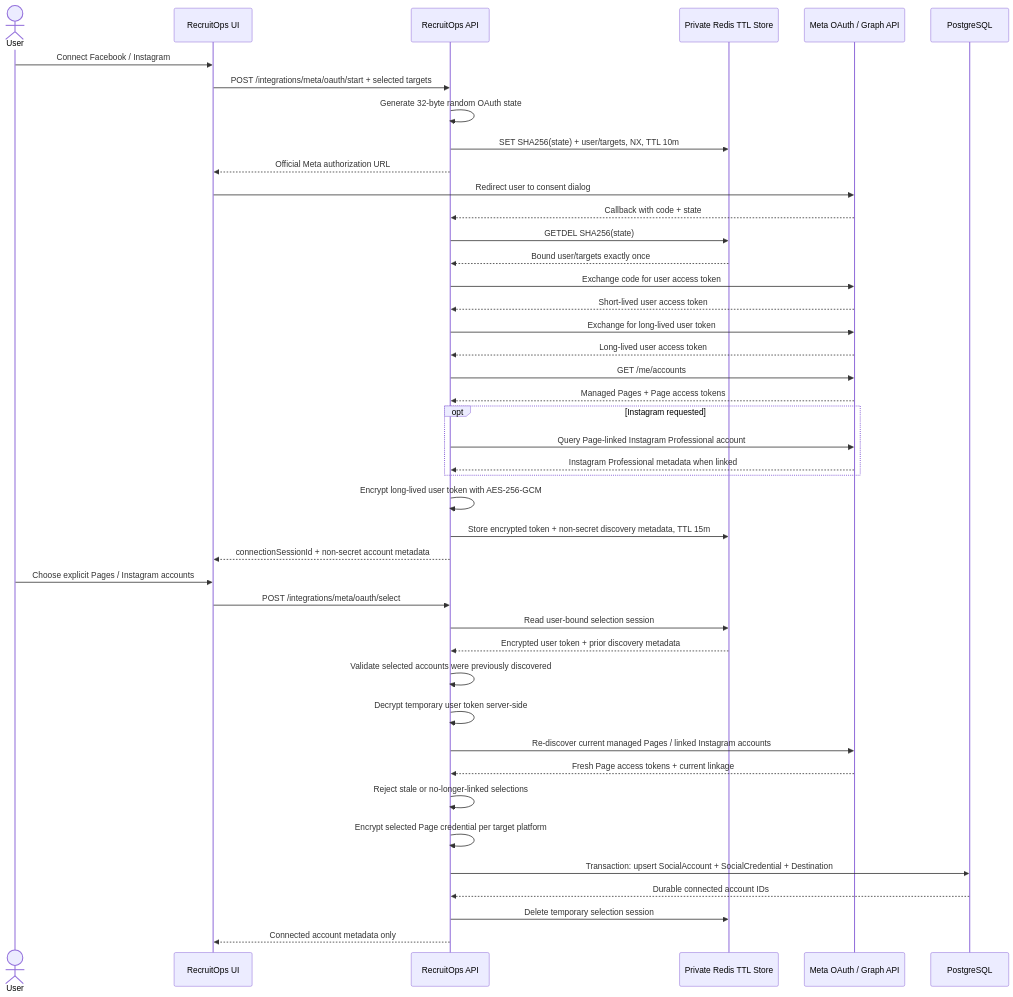
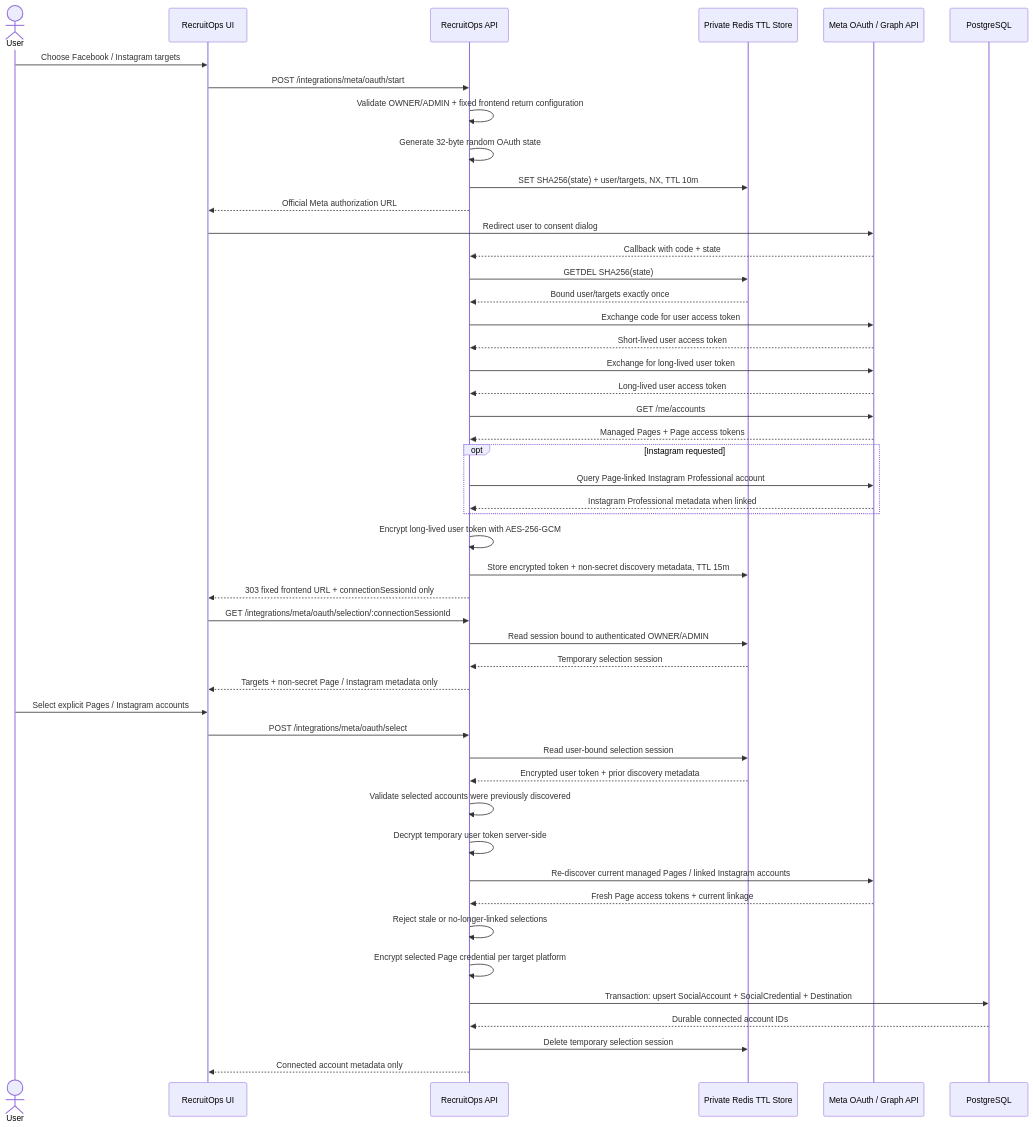
The diagram in docs/architecture/meta-connection.md (vitoo16/recruitops-platform), drawn with Mermaid before and after one commit. The commit also changed other lines of this file, not shown here.

Commit message:
docs: document Meta connection picker flow

````diff
--- a/docs/architecture/meta-connection.md
+++ b/docs/architecture/meta-connection.md
@@ -31,47 +31,52 @@
 ```mermaid
 sequenceDiagram
     actor User
     participant UI as RecruitOps UI
     participant API as RecruitOps API
     participant Redis as Private Redis TTL Store
     participant Meta as Meta OAuth / Graph API
     participant DB as PostgreSQL
 
-    User->>UI: Connect Facebook / Instagram
-    UI->>API: POST /integrations/meta/oauth/start + selected targets
+    User->>UI: Choose Facebook / Instagram targets
+    UI->>API: POST /integrations/meta/oauth/start
+    API->>API: Validate OWNER/ADMIN + fixed frontend return configuration
     API->>API: Generate 32-byte random OAuth state
     API->>Redis: SET SHA256(state) + user/targets, NX, TTL 10m
     API-->>UI: Official Meta authorization URL
     UI->>Meta: Redirect user to consent dialog
     Meta-->>API: Callback with code + state
     API->>Redis: GETDEL SHA256(state)
     Redis-->>API: Bound user/targets exactly once
     API->>Meta: Exchange code for user access token
     Meta-->>API: Short-lived user access token
     API->>Meta: Exchange for long-lived user token
     Meta-->>API: Long-lived user access token
     API->>Meta: GET /me/accounts
     Meta-->>API: Managed Pages + Page access tokens
     opt Instagram requested
         API->>Meta: Query Page-linked Instagram Professional account
         Meta-->>API: Instagram Professional metadata when linked
     end
     API->>API: Encrypt long-lived user token with AES-256-GCM
     API->>Redis: Store encrypted token + non-secret discovery metadata, TTL 15m
-    API-->>UI: connectionSessionId + non-secret account metadata
+    API-->>UI: 303 fixed frontend URL + connectionSessionId only
 
-    User->>UI: Choose explicit Pages / Instagram accounts
+    UI->>API: GET /integrations/meta/oauth/selection/:connectionSessionId
+    API->>Redis: Read session bound to authenticated OWNER/ADMIN
+    Redis-->>API: Temporary selection session
+    API-->>UI: Targets + non-secret Page / Instagram metadata only
+    User->>UI: Select explicit Pages / Instagram accounts
     UI->>API: POST /integrations/meta/oauth/select
     API->>Redis: Read user-bound selection session
     Redis-->>API: Encrypted user token + prior discovery metadata
     API->>API: Validate selected accounts were previously discovered
     API->>API: Decrypt temporary user token server-side
     API->>Meta: Re-discover current managed Pages / linked Instagram accounts
     Meta-->>API: Fresh Page access tokens + current linkage
     API->>API: Reject stale or no-longer-linked selections
     API->>API: Encrypt selected Page credential per target platform
     API->>DB: Transaction: upsert SocialAccount + SocialCredential + Destination
     DB-->>API: Durable connected account IDs
     API->>Redis: Delete temporary selection session
     API-->>UI: Connected account metadata only
 ```
````
